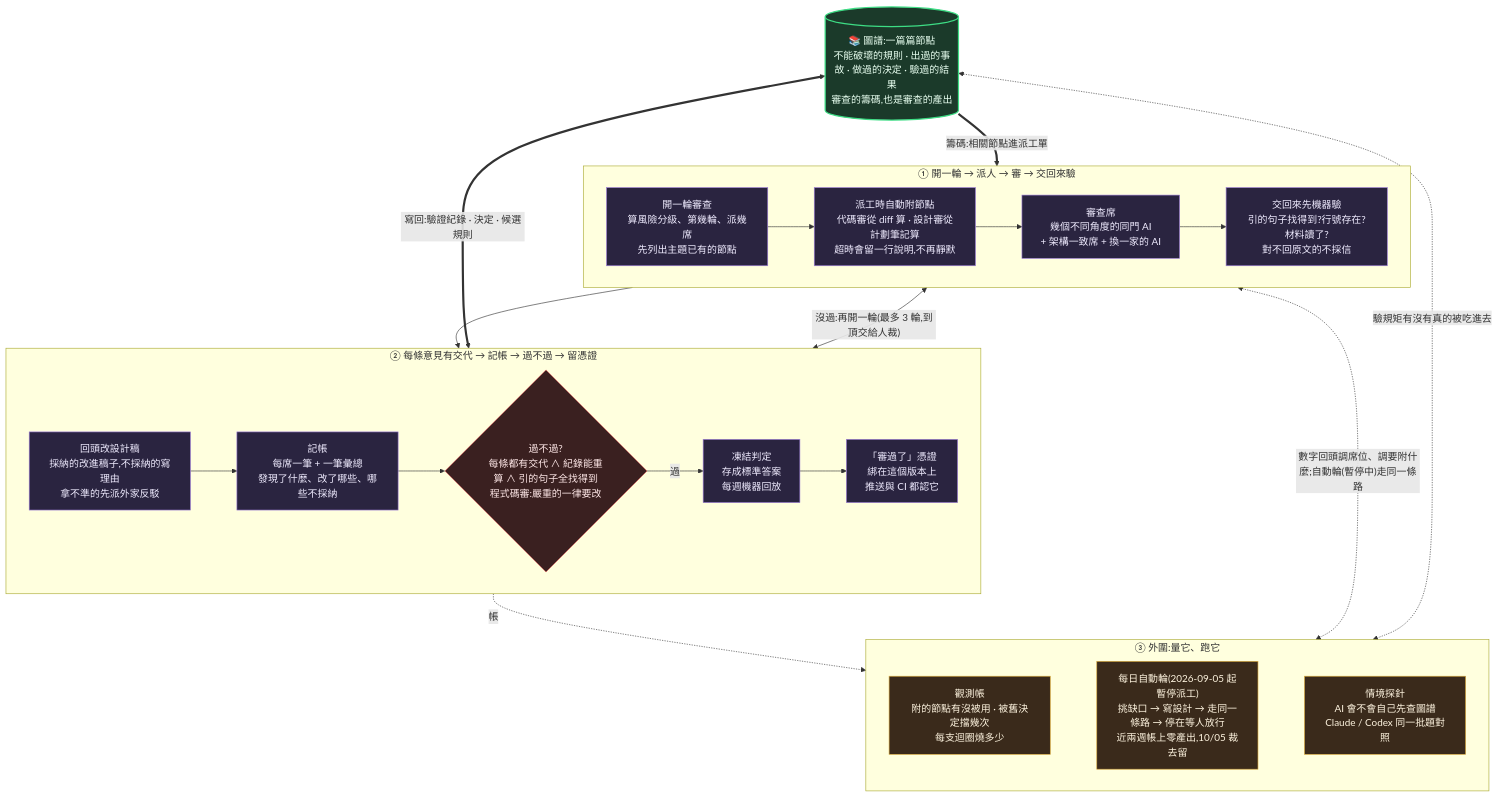
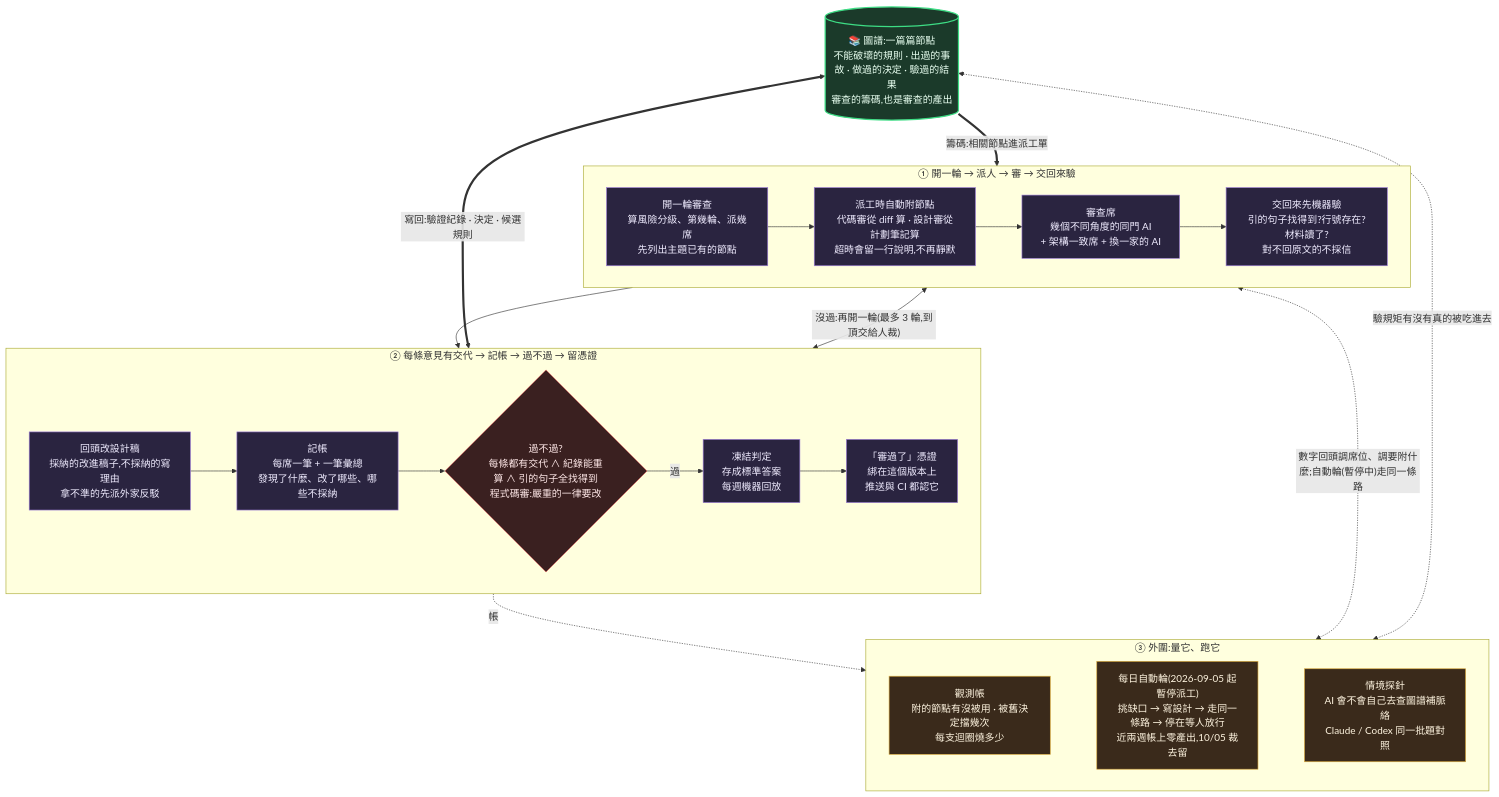
The fifth of 5 diagrams in ARCHITECTURE.md (EnzoHsieh-Android/Lumos), drawn with Mermaid before and after one commit. The commit also changed other lines of this file and 29 other files, not shown here.

First line of the commit message:
docs: 知識圖譜定位改成程式碼為主、筆記只記程式碼看不出的脈絡

````diff
--- a/ARCHITECTURE.md
+++ b/ARCHITECTURE.md
@@ -208,36 +208,36 @@
 ```mermaid
 flowchart TB
     NODES[("📚 圖譜:一篇篇節點<br/>不能破壞的規則 · 出過的事故 · 做過的決定 · 驗過的結果<br/>審查的籌碼,也是審查的產出")]
 
     subgraph R1["① 開一輪 → 派人 → 審 → 交回來驗"]
         direction LR
         NEXT["開一輪審查<br/>算風險分級、第幾輪、派幾席<br/>先列出主題已有的節點"] --> LENS["派工時自動附節點<br/>代碼審從 diff 算 · 設計審從計劃筆記算<br/>超時會留一行說明,不再靜默"] --> SEATS["審查席<br/>幾個不同角度的同門 AI<br/>+ 架構一致席 + 換一家的 AI"] --> INTAKE["交回來先機器驗<br/>引的句子找得到?行號存在?材料讀了?<br/>對不回原文的不採信"]
     end
 
     subgraph R2["② 每條意見有交代 → 記帳 → 過不過 → 留憑證"]
         direction LR
         FOLD["回頭改設計稿<br/>採納的改進稿子,不採納的寫理由<br/>拿不準的先派外家反駁"] --> LEDGER["記帳<br/>每席一筆 + 一筆彙總<br/>發現了什麼、改了哪些、哪些不採納"] --> GATE{"過不過?<br/>每條都有交代 ∧ 紀錄能重算 ∧ 引的句子全找得到<br/>程式碼審:嚴重的一律要改"} -->|過| FREEZE["凍結判定<br/>存成標準答案<br/>每週機器回放"] --> PASS["「審過了」憑證<br/>綁在這個版本上<br/>推送與 CI 都認它"]
     end
 
     subgraph R3["③ 外圍:量它、跑它"]
         direction LR
-        OBS["觀測帳<br/>附的節點有沒被用 · 被舊決定擋幾次<br/>每支迴圈燒多少"] ~~~ AUTO["每日自動輪(2026-09-05 起暫停派工)<br/>挑缺口 → 寫設計 → 走同一條路 → 停在等人放行<br/>近兩週帳上零產出,10/05 裁去留"] ~~~ PROBE["情境探針<br/>AI 會不會自己先查圖譜<br/>Claude / Codex 同一批題對照"]
+        OBS["觀測帳<br/>附的節點有沒被用 · 被舊決定擋幾次<br/>每支迴圈燒多少"] ~~~ AUTO["每日自動輪(2026-09-05 起暫停派工)<br/>挑缺口 → 寫設計 → 走同一條路 → 停在等人放行<br/>近兩週帳上零產出,10/05 裁去留"] ~~~ PROBE["情境探針<br/>AI 會不會自己去查圖譜補脈絡<br/>Claude / Codex 同一批題對照"]
     end
 
     NODES ==>|"籌碼:相關節點進派工單"| R1
     R1 --> R2
     R2 -.->|"帳"| R3
     NODES <==>|"寫回:驗證紀錄 · 決定 · 候選規則"| R2
     R1 <-->|"沒過:再開一輪(最多 3 輪,到頂交給人裁)"| R2
     R1 <-.->|"數字回頭調席位、調要附什麼;自動輪(暫停中)走同一條路"| R3
     NODES <-.->|"驗規矩有沒有真的被吃進去"| R3
 
     classDef gnode fill:#1b3a2a,stroke:#3ddc84,stroke-width:2px,color:#e8fff0
     classDef step fill:#2a2440,stroke:#9a7bd6,color:#f0ecff
     classDef gate fill:#3a2020,stroke:#dc5b5b,color:#ffe8e8
     classDef obs fill:#3a2a1b,stroke:#dcab3d,color:#fff5e0
     class NODES gnode
     class NEXT,LENS,SEATS,INTAKE,FOLD,LEDGER,FREEZE,PASS step
     class GATE gate
     class OBS,AUTO,PROBE obs
 ```
````
